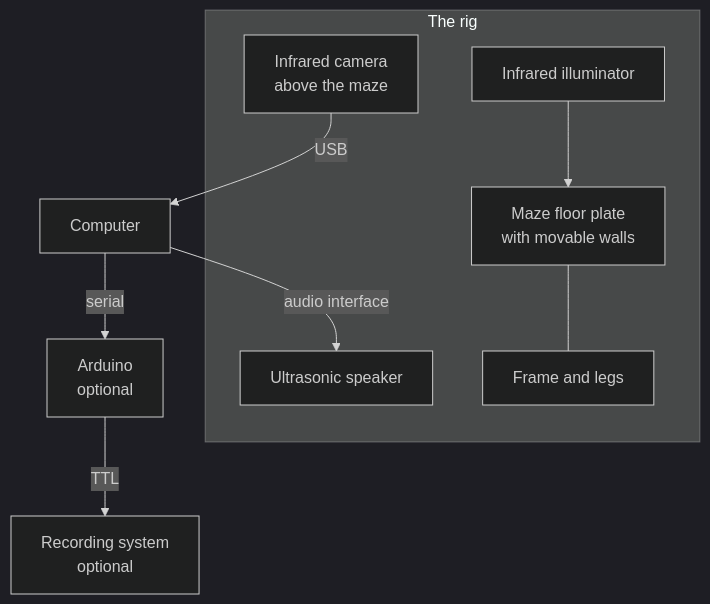
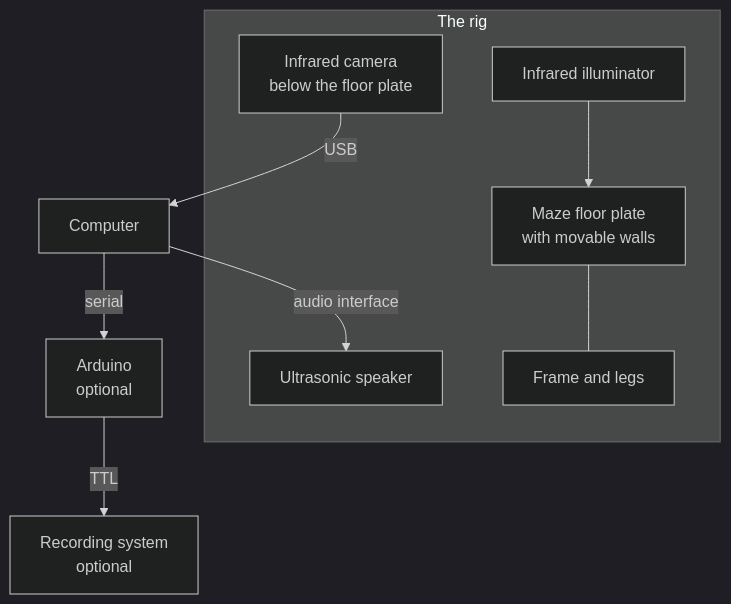
Before and after one commit to MaravallLab/aMAZEing-maze: the diagram in docs/hardware/build.md, drawn with Mermaid (dark theme). The commit also changed other lines of this file and 2 other files, not shown here.

First line of the commit message:
Correct the camera position: both paradigms film from below

````diff
--- a/docs/hardware/build.md
+++ b/docs/hardware/build.md
@@ -9,20 +9,20 @@
 ```mermaid
 flowchart TB
     subgraph rig["The rig"]
-        cam[Infrared camera<br/>above the maze]
+        cam[Infrared camera<br/>below the floor plate]
         ill[Infrared illuminator]
         spk[Ultrasonic speaker]
         maze[Maze floor plate<br/>with movable walls]
         frame[Frame and legs]
     end
     pc[Computer]
     ard[Arduino<br/>optional]
     rec[Recording system<br/>optional]
 
     cam -->|USB| pc
     pc -->|audio interface| spk
     pc -->|serial| ard
     ard -->|TTL| rec
     maze --- frame
     ill --> maze
 ```
````
